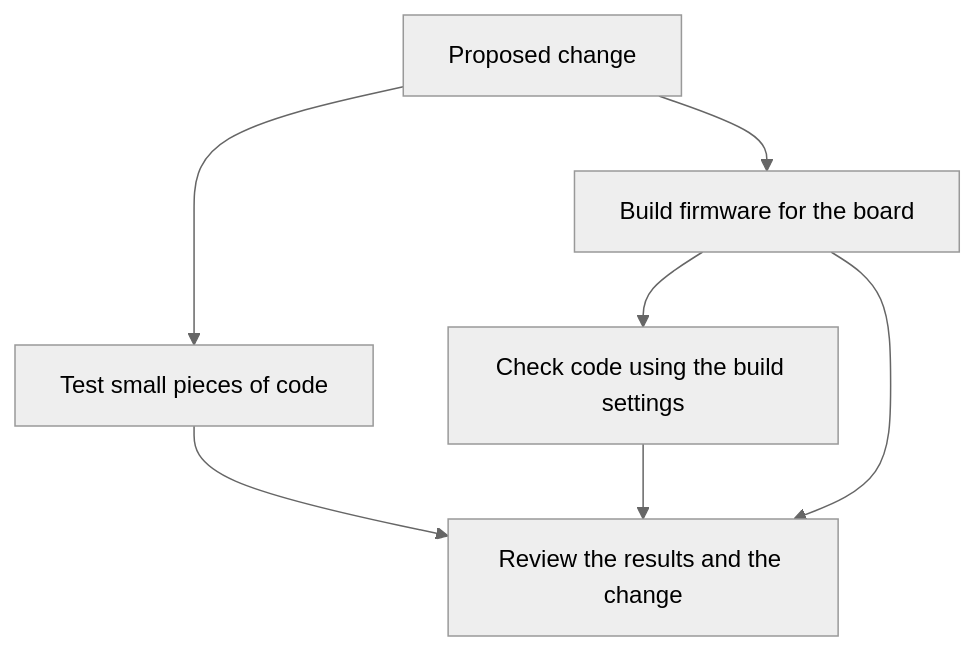
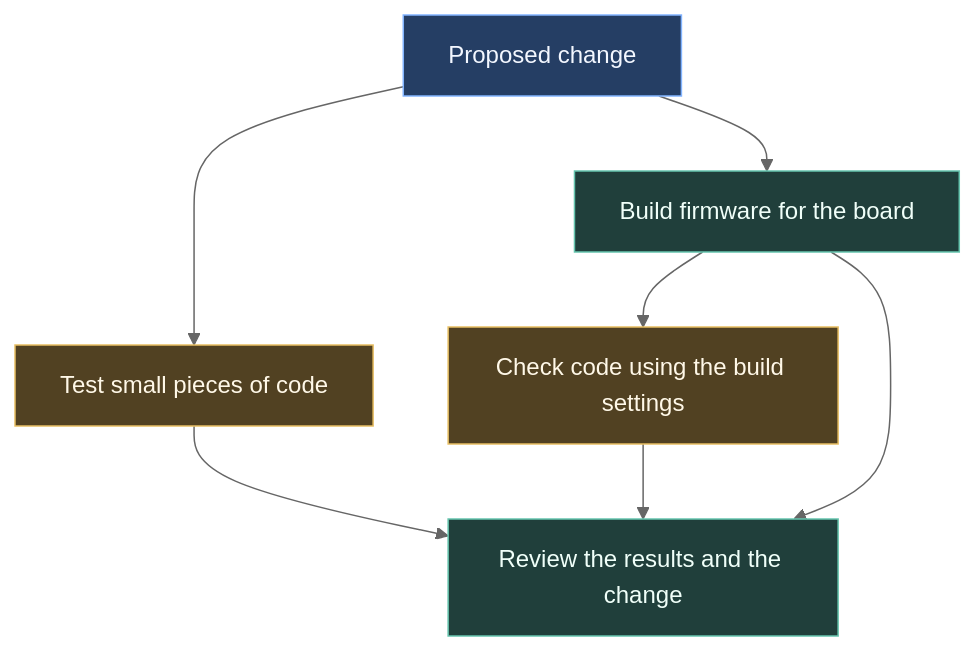
Before and after one commit to ARTTU-Software/.github: the second of 4 diagrams in docs/ci/README.md, drawn with Mermaid (neutral theme). The commit also changed other lines of this file and 5 other files, not shown here.

Commit message:
docs: use sidebar sections and restore coloured Mermaid diagrams

````diff
--- a/docs/ci/README.md
+++ b/docs/ci/README.md
@@ -66,9 +70,17 @@
 ```mermaid
 flowchart TB
     PR["Proposed change"] --> TEST["Test small pieces of code"]
     PR --> BUILD["Build firmware for the board"]
     BUILD --> ANALYSE["Check code using the build settings"]
     TEST --> REVIEW["Review the results and the change"]
     ANALYSE --> REVIEW
     BUILD --> REVIEW
+
+    classDef task fill:#253e64,stroke:#82b4ff,color:#f3f7ff
+    classDef process fill:#203f3b,stroke:#66c5ae,color:#f0fff9
+    classDef check fill:#514122,stroke:#e8bf63,color:#fff8e8
+    classDef failure fill:#512d3d,stroke:#ef91ac,color:#fff1f6
+    class PR task
+    class TEST,ANALYSE check
+    class BUILD,REVIEW process
 ```
````
